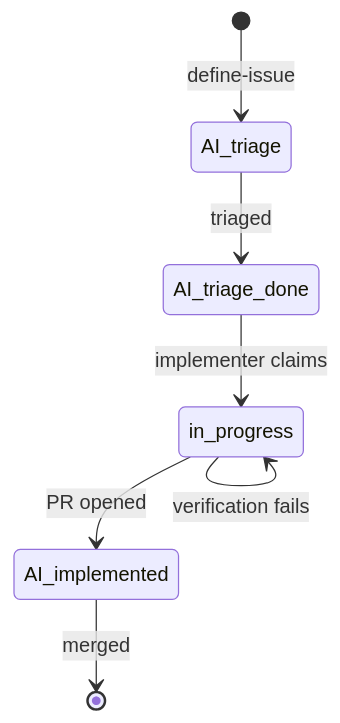
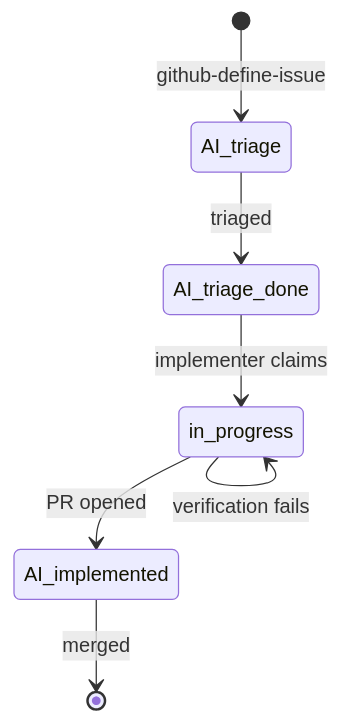
Before and after one commit to AlvaroVFon/skills: the second of 2 diagrams in skills/github/README.md, drawn with Mermaid. The commit also changed other lines of this file and 21 other files, not shown here.

First line of the commit message:
refactor(skills): tighten skill guidance and rename github-define-issue (#34)

````diff
--- a/skills/github/README.md
+++ b/skills/github/README.md
@@ -63,9 +63,9 @@
 ```mermaid
 stateDiagram-v2
-    [*] --> AI_triage: define-issue
+    [*] --> AI_triage: github-define-issue
     AI_triage --> AI_triage_done: triaged
     AI_triage_done --> in_progress: implementer claims
     in_progress --> AI_implemented: PR opened
     in_progress --> in_progress: verification fails
     AI_implemented --> [*]: merged
 ```
````
